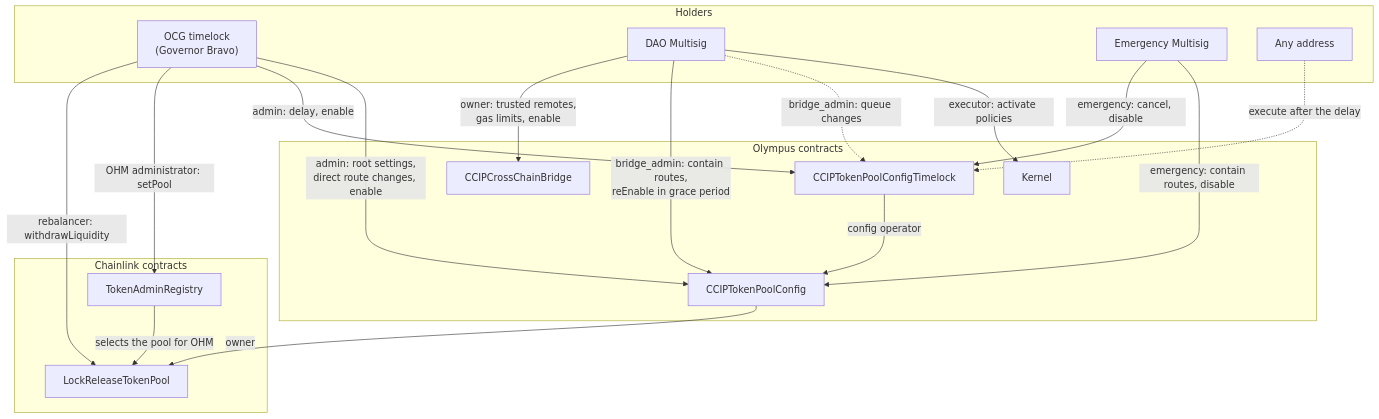
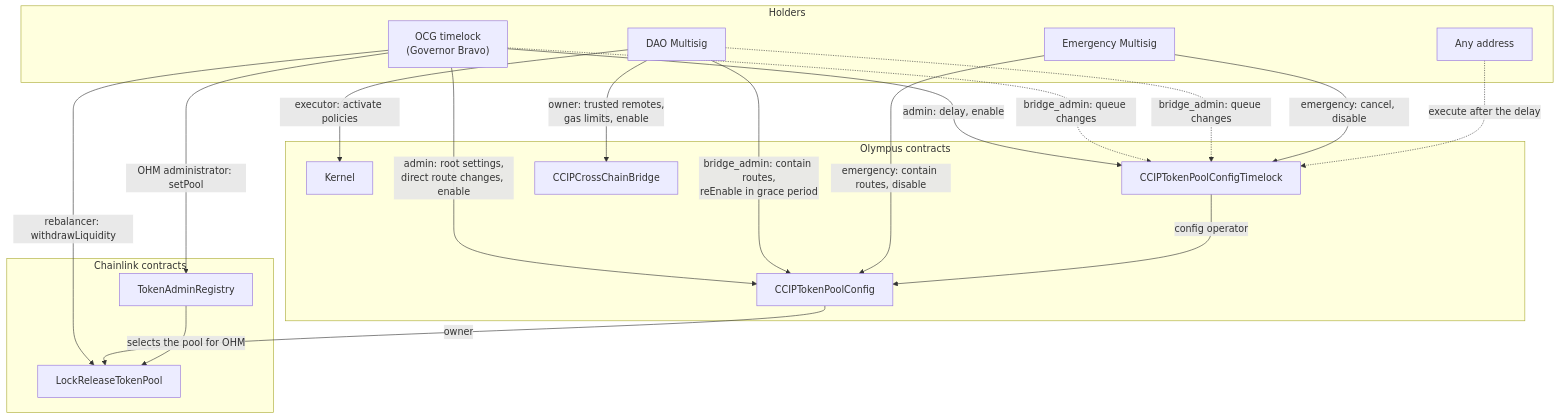
Before and after one commit to OlympusDAO/olympus-docs: the second of 8 diagrams in docs/overview/07_cross-chain/01_ccip-technical-details.md, drawn with Mermaid. The commit also changed other lines of this file and 3 other files, not shown here.

````diff
--- a/docs/overview/07_cross-chain/01_ccip-technical-details.md
+++ b/docs/overview/07_cross-chain/01_ccip-technical-details.md
@@ -204,36 +204,37 @@
 ```mermaid
 flowchart TB
     subgraph Holders
         OCG["OCG timelock<br/>(Governor Bravo)"]
         DAO["DAO Multisig"]
         EMG["Emergency Multisig"]
         ANY["Any address"]
     end
 
     subgraph Olympus["Olympus contracts"]
         K["Kernel"]
         CFG["CCIPTokenPoolConfig"]
         TL["CCIPTokenPoolConfigTimelock"]
         BR["CCIPCrossChainBridge"]
     end
 
     subgraph Chainlink["Chainlink contracts"]
         POOL["LockReleaseTokenPool"]
         REG["TokenAdminRegistry"]
     end
 
     OCG -- "admin: root settings,<br/>direct route changes, enable" --> CFG
     OCG -- "admin: delay, enable" --> TL
     OCG -- "OHM administrator: setPool" --> REG
     OCG -- "rebalancer: withdrawLiquidity" --> POOL
+    OCG -. "bridge_admin: queue changes" .-> TL
     DAO -- "executor: activate policies" --> K
     DAO -. "bridge_admin: queue changes" .-> TL
     DAO -- "bridge_admin: contain routes,<br/>reEnable in grace period" --> CFG
     DAO -- "owner: trusted remotes,<br/>gas limits, enable" --> BR
     EMG -- "emergency: contain routes, disable" --> CFG
     EMG -- "emergency: cancel, disable" --> TL
     ANY -. "execute after the delay" .-> TL
     TL -- "config operator" --> CFG
     CFG -- "owner" --> POOL
     REG -- "selects the pool for OHM" --> POOL
 ```
````
